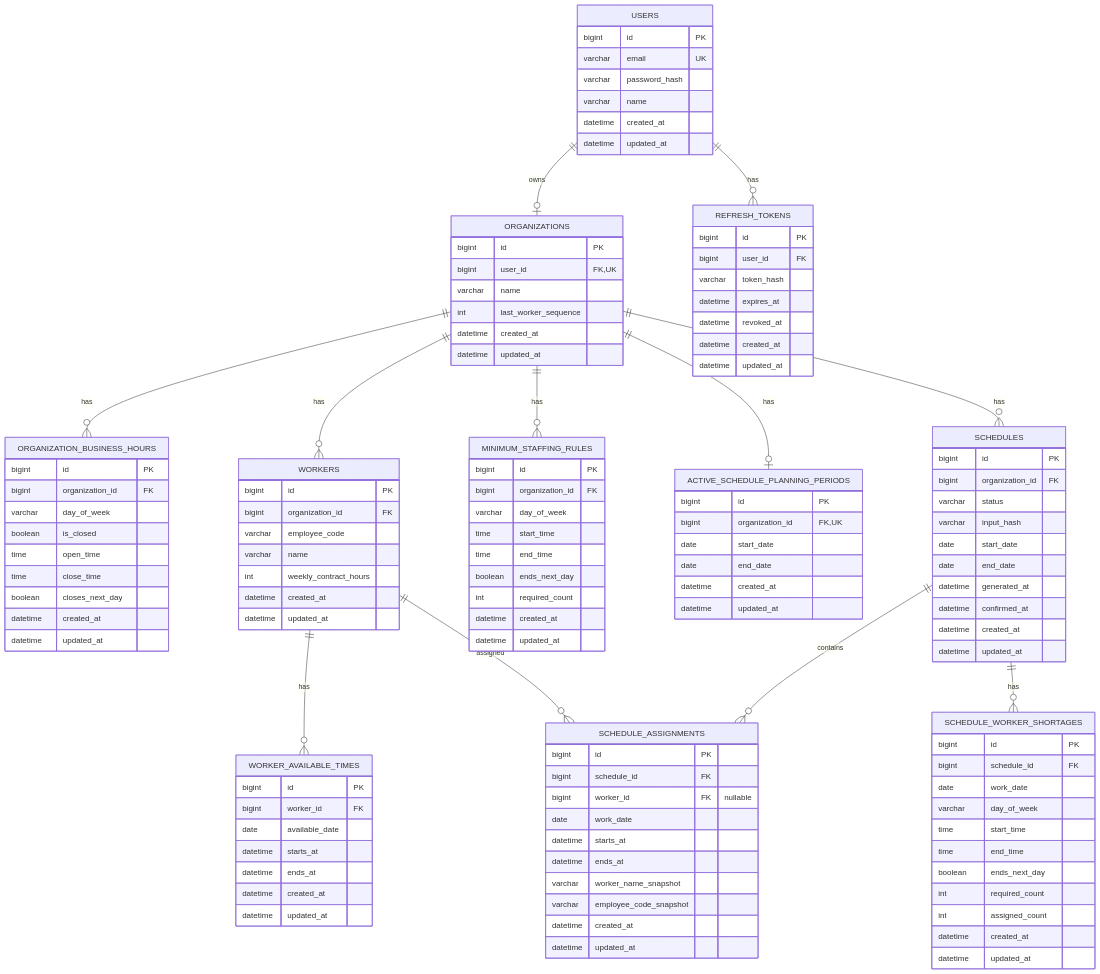
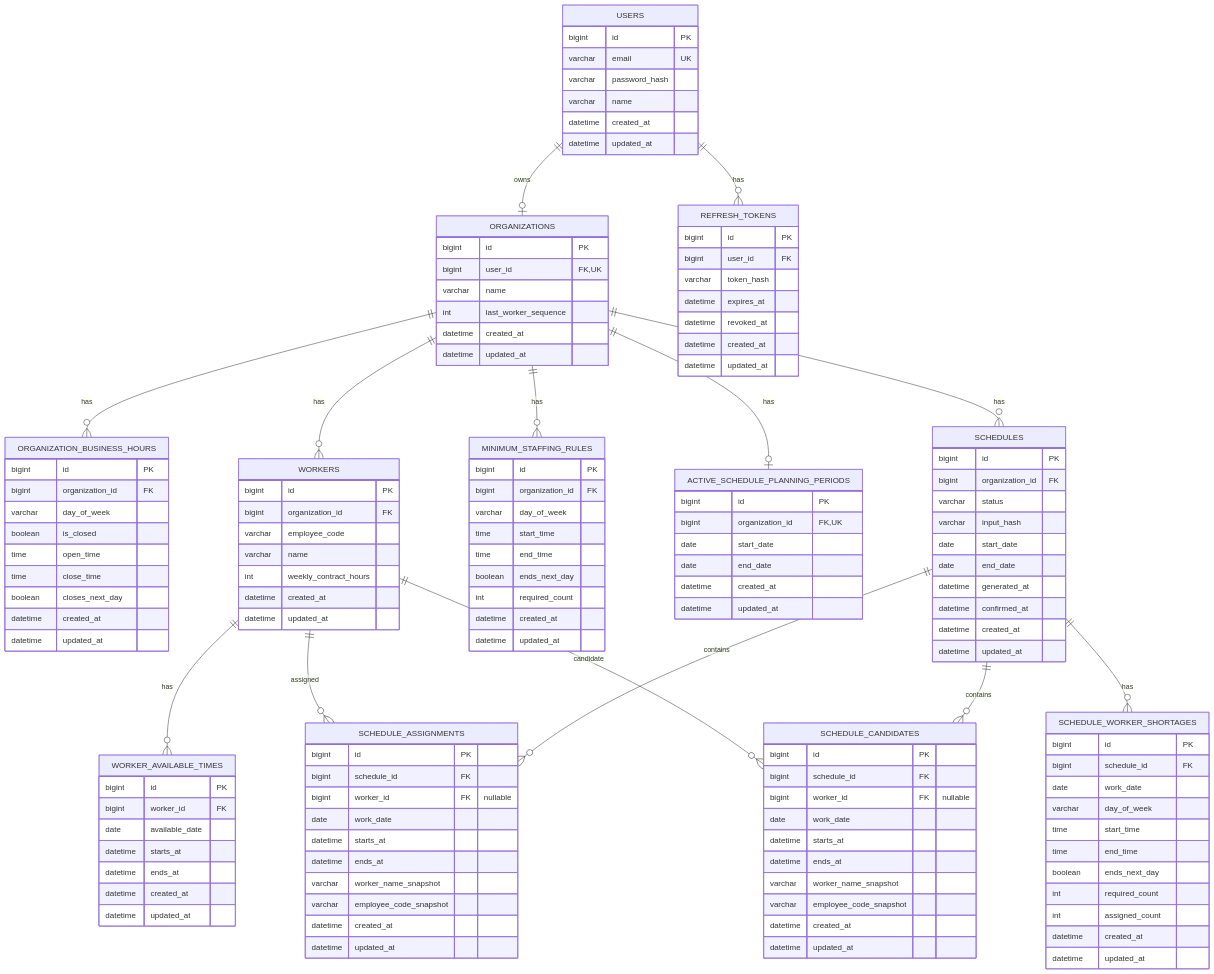
One commit to pair-study/fragment changed the diagram in docs/ERD.md. Above: the diagram before and after it, drawn with Mermaid. The commit also changed other lines of this file and 33 other files, not shown here.

```diff
--- a/docs/ERD.md
+++ b/docs/ERD.md
@@ -18,8 +18,10 @@
 
     WORKERS ||--o{ WORKER_AVAILABLE_TIMES : has
     WORKERS ||--o{ SCHEDULE_ASSIGNMENTS : assigned
+    WORKERS ||--o{ SCHEDULE_CANDIDATES : candidate
 
     SCHEDULES ||--o{ SCHEDULE_ASSIGNMENTS : contains
+    SCHEDULES ||--o{ SCHEDULE_CANDIDATES : contains
     SCHEDULES ||--o{ SCHEDULE_WORKER_SHORTAGES : has
 
     USERS {
@@ -129,6 +131,19 @@
         datetime updated_at
     }
 
+    SCHEDULE_CANDIDATES {
+        bigint id PK
+        bigint schedule_id FK
+        bigint worker_id FK "nullable"
+        date work_date
+        datetime starts_at
+        datetime ends_at
+        varchar worker_name_snapshot
+        varchar employee_code_snapshot
+        datetime created_at
+        datetime updated_at
+    }
+
     SCHEDULE_WORKER_SHORTAGES {
         bigint id PK
         bigint schedule_id FK
```
